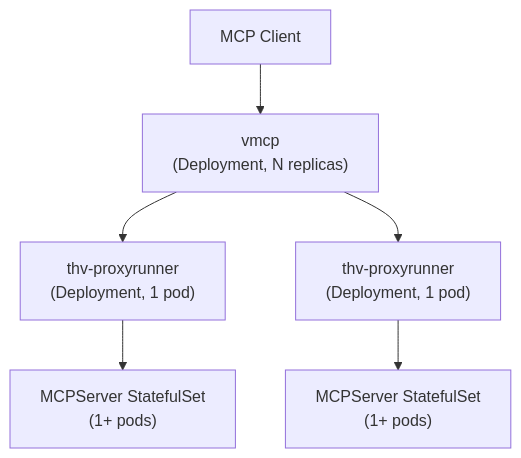
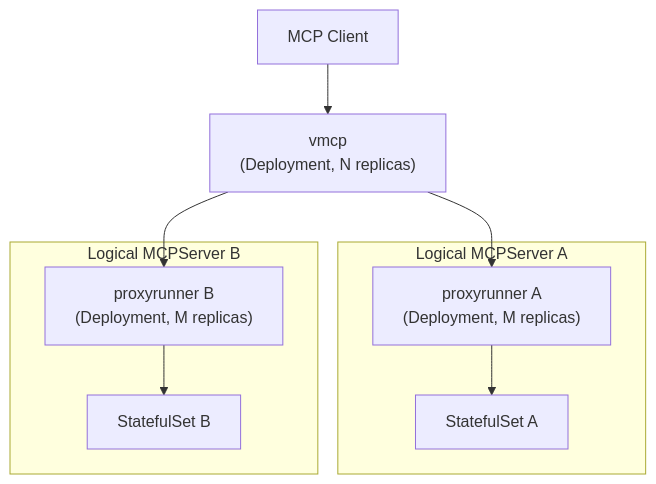
Before and after one commit to stacklok/toolhive-rfcs: the first of 2 diagrams in rfcs/THV-XXXX-vmcp-proxyrunner-horizontal-scaling.md, drawn with Mermaid. The commit also changed other lines of this file, not shown here.

````diff
--- a/rfcs/THV-XXXX-vmcp-proxyrunner-horizontal-scaling.md
+++ b/rfcs/THV-XXXX-vmcp-proxyrunner-horizontal-scaling.md
@@ -25,15 +25,21 @@
 ```mermaid
 graph TB
     Client[MCP Client]
     VMCP["vmcp<br/>(Deployment, N replicas)"]
-    PR1["thv-proxyrunner<br/>(Deployment, 1 pod)"]
-    PR2["thv-proxyrunner<br/>(Deployment, 1 pod)"]
-    STS1["MCPServer StatefulSet<br/>(1+ pods)"]
-    STS2["MCPServer StatefulSet<br/>(1+ pods)"]
+
+    subgraph "Logical MCPServer A"
+        PR_A["proxyrunner A<br/>(Deployment, M replicas)"]
+        STS_A["StatefulSet A"]
+    end
+
+    subgraph "Logical MCPServer B"
+        PR_B["proxyrunner B<br/>(Deployment, M replicas)"]
+        STS_B["StatefulSet B"]
+    end
 
     Client --> VMCP
-    VMCP --> PR1
-    VMCP --> PR2
-    PR1 --> STS1
-    PR2 --> STS2
+    VMCP --> PR_A
+    VMCP --> PR_B
+    PR_A --> STS_A
+    PR_B --> STS_B
 ```
````
